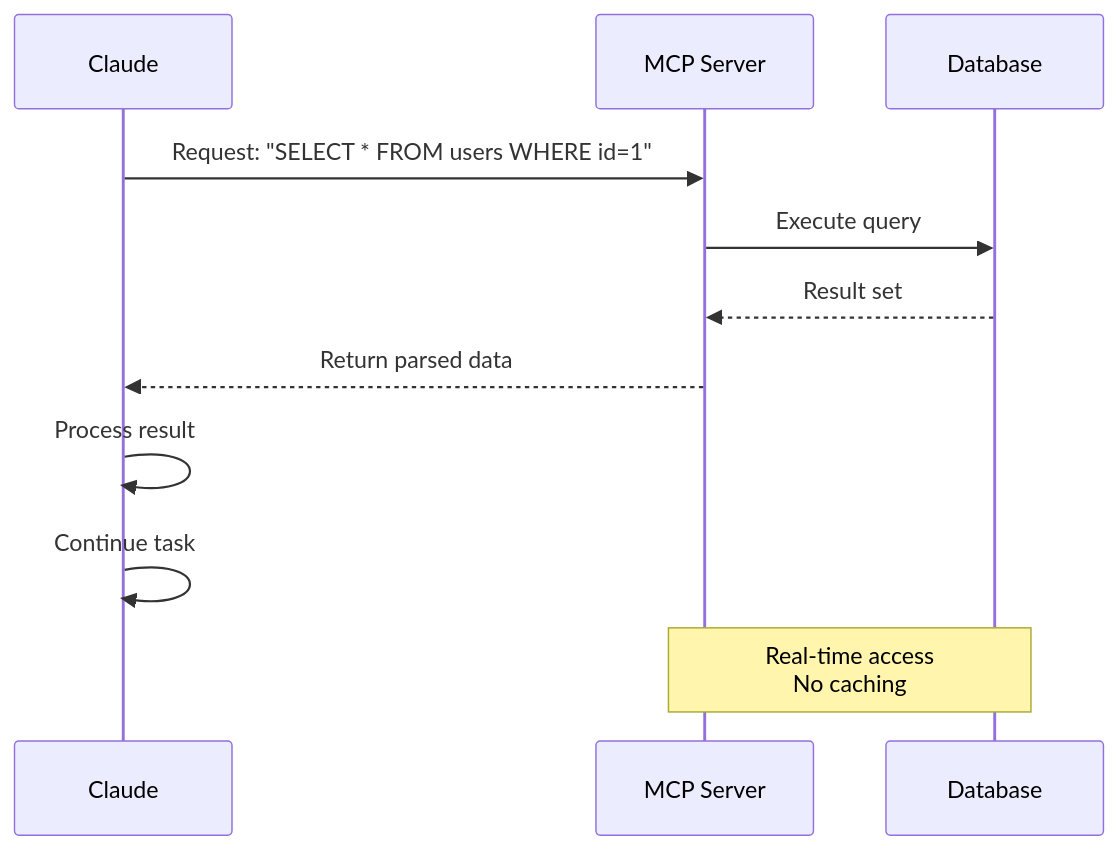
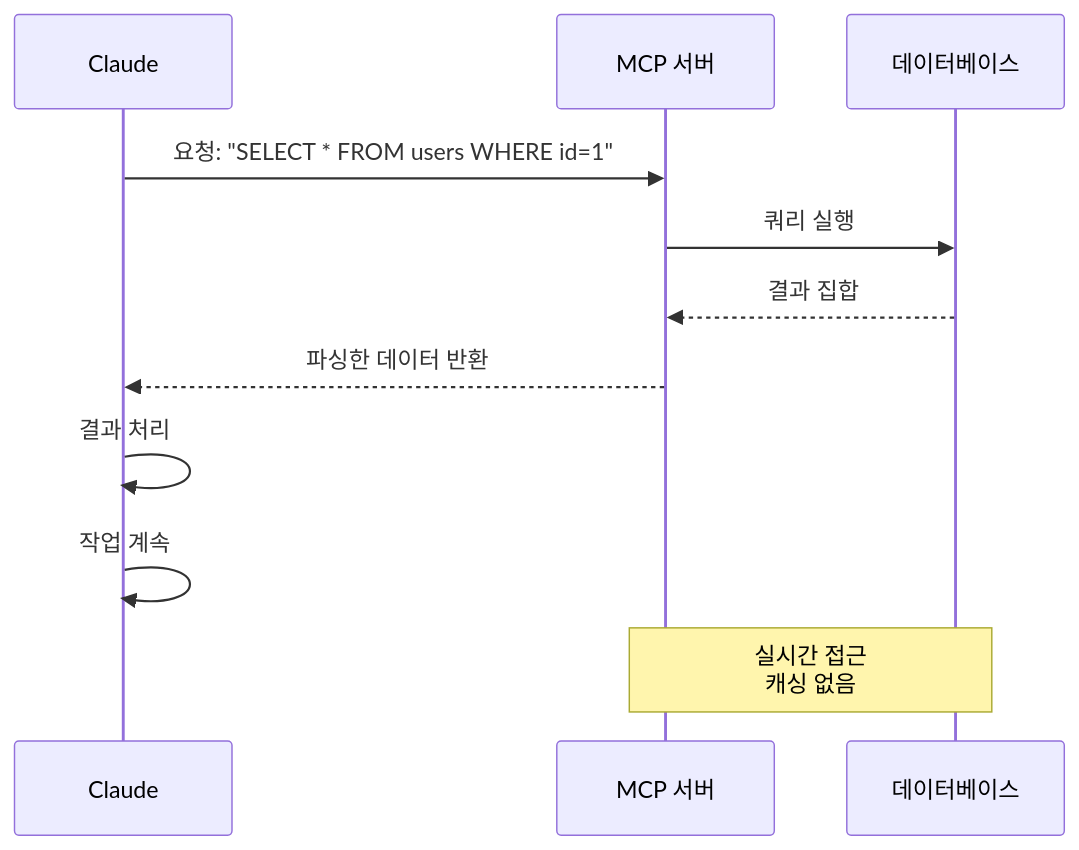
Diagram 16 of 31 in claude_concepts_guide.md (KIMDONGWHEE99/howkorean), drawn with Mermaid before and after one commit. The commit also changed other lines of this file, not shown here.

````diff
--- a/claude_concepts_guide.md
+++ b/claude_concepts_guide.md
@@ -461,15 +461,15 @@
 ```mermaid
 sequenceDiagram
     participant App as Claude
-    participant MCP as MCP Server
-    participant DB as Database
+    participant MCP as MCP 서버
+    participant DB as 데이터베이스
 
-    App->>MCP: Request: "SELECT * FROM users WHERE id=1"
-    MCP->>DB: Execute query
-    DB-->>MCP: Result set
-    MCP-->>App: Return parsed data
-    App->>App: Process result
-    App->>App: Continue task
+    App->>MCP: 요청: "SELECT * FROM users WHERE id=1"
+    MCP->>DB: 쿼리 실행
+    DB-->>MCP: 결과 집합
+    MCP-->>App: 파싱한 데이터 반환
+    App->>App: 결과 처리
+    App->>App: 작업 계속
 
-    Note over MCP,DB: Real-time access<br/>No caching
+    Note over MCP,DB: 실시간 접근<br/>캐싱 없음
 ```
````
